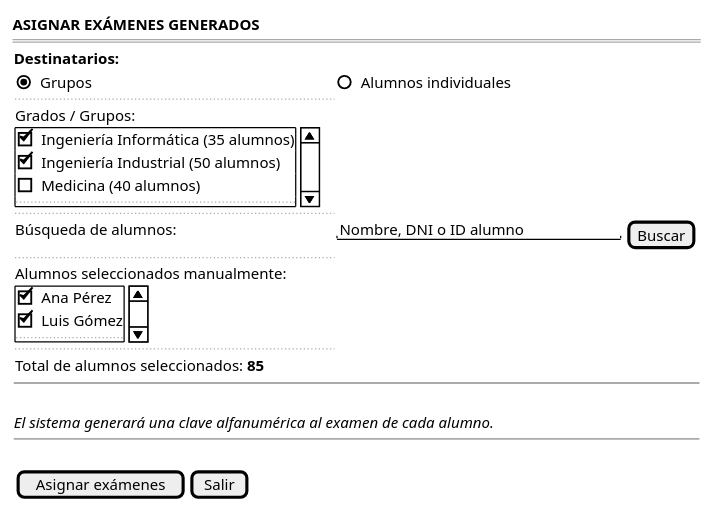
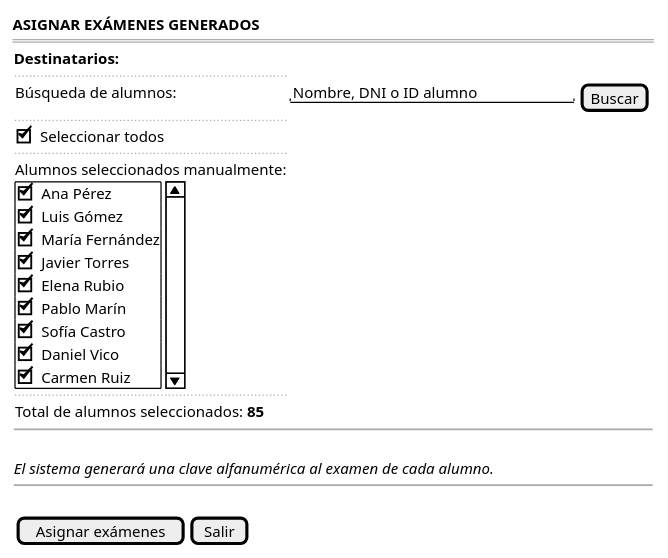
The diagram in documents/casos-de-uso/prototipadoCasosDeUso/asignarExamenes/asignarExamenes.puml (martinlopez7/25-26-IdSw1-SdR), drawn with PlantUML before and after one commit. The commit also changed 13 other files, not shown here.

Commit message:
fix&refactor(cu&mdd): corrige explicaciones, casos de uso, diagrama de estados de examen y añade definiciones al glosario

```diff
--- a/documents/casos-de-uso/prototipadoCasosDeUso/asignarExamenes/asignarExamenes.puml
+++ b/documents/casos-de-uso/prototipadoCasosDeUso/asignarExamenes/asignarExamenes.puml
@@ -1,40 +1,39 @@
 @startsalt asignarExamenes_FORMULARIO
 {
     <b>ASIGNAR EXÁMENES GENERADOS</b>
     ===
     {
         
         <b>Destinatarios:</b>
         {
-            (X) Grupos | ( ) Alumnos individuales
-            ..
-            Grados / Grupos:
-            {SI
-                [X] Ingeniería Informática (35 alumnos)
-                [X] Ingeniería Industrial (50 alumnos)
-                [ ] Medicina (40 alumnos)
-                ...
-            }
             ..
             Búsqueda de alumnos: | "Nombre, DNI o ID alumno     " | [Buscar]
             ..
+            [X] Seleccionar todos
+            ..
             Alumnos seleccionados manualmente:
             {SI
-                [X] Ana Pérez
-                [X] Luis Gómez
-                ...
+              [X] Ana Pérez
+              [X] Luis Gómez
+              [X] María Fernández
+              [X] Javier Torres
+              [X] Elena Rubio
+              [X] Pablo Marín
+              [X] Sofía Castro
+              [X] Daniel Vico
+              [X] Carmen Ruiz
             }
             ..
             Total de alumnos seleccionados: <b>85</b>
         }
         
         ~~
         .
         <i>El sistema generará una clave alfanumérica al examen de cada alumno.
         
         ~~
         .
         {[Asignar exámenes] | [Salir]}
     }
 }
 @endsalt
```
